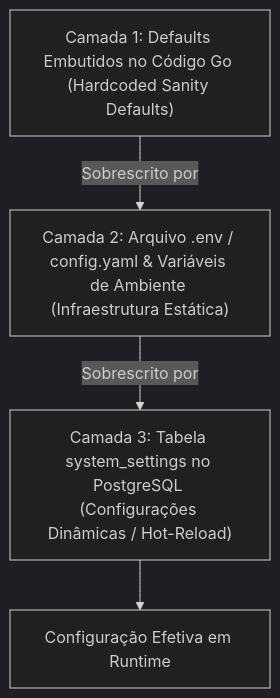
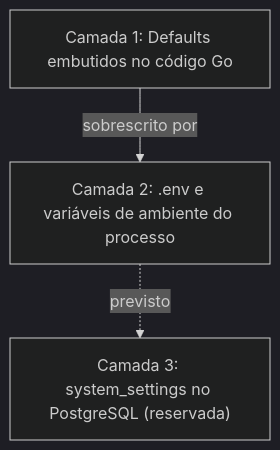
One commit to Honbakoo/docs changed the diagram in CONFIGURATION.md. Above: the diagram before and after it, drawn with Mermaid (dark theme). The commit also changed other lines of this file and 19 other files, not shown here.

````diff
--- a/CONFIGURATION.md
+++ b/CONFIGURATION.md
@@ -12,10 +10,9 @@
 ```mermaid
 flowchart TD
-    C1["Camada 1: Defaults Embutidos no Código Go (Hardcoded Sanity Defaults)"]
-    C2["Camada 2: Arquivo .env / config.yaml & Variáveis de Ambiente (Infraestrutura Estática)"]
-    C3["Camada 3: Tabela system_settings no PostgreSQL (Configurações Dinâmicas / Hot-Reload)"]
+    C1["Camada 1: Defaults embutidos no código Go"]
+    C2["Camada 2: .env e variáveis de ambiente do processo"]
+    C3["Camada 3: system_settings no PostgreSQL (reservada)"]
 
-    C1 -->|Sobrescrito por| C2
-    C2 -->|Sobrescrito por| C3
-    C3 --> FinalConfig["Configuração Efetiva em Runtime"]
+    C1 -->|sobrescrito por| C2
+    C2 -.->|previsto| C3
 ```
````
